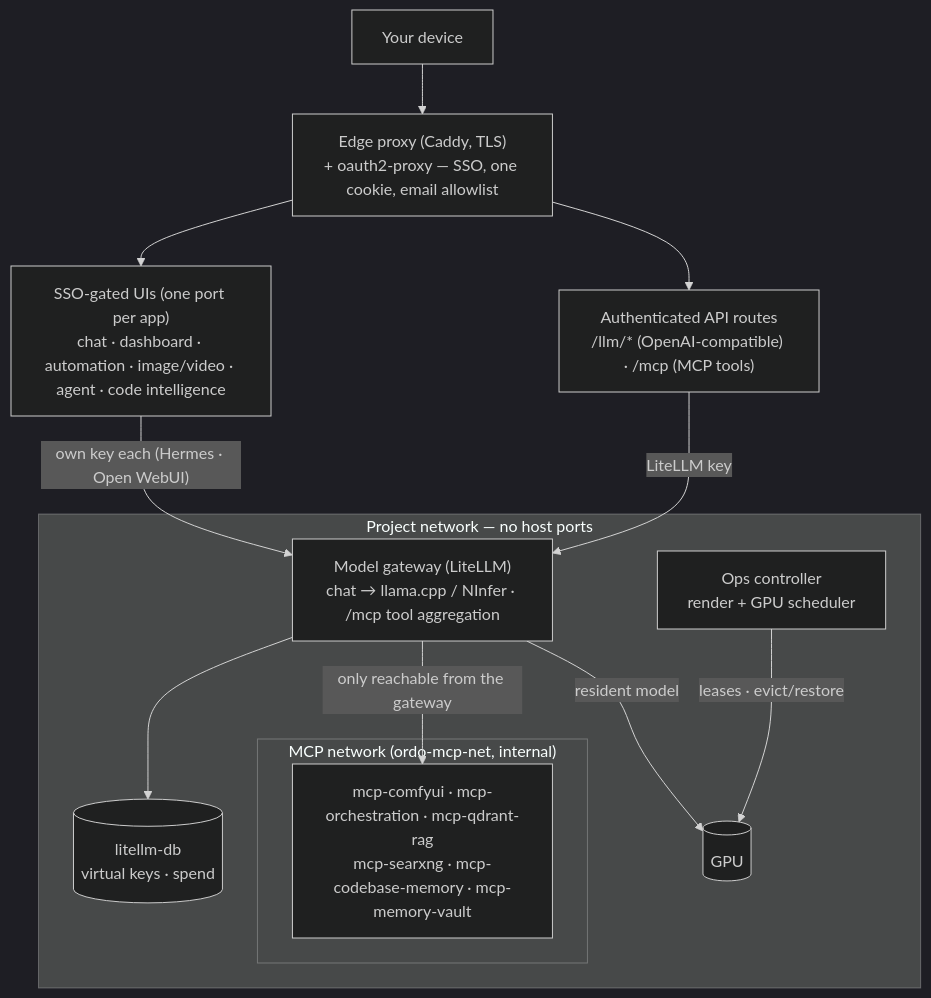
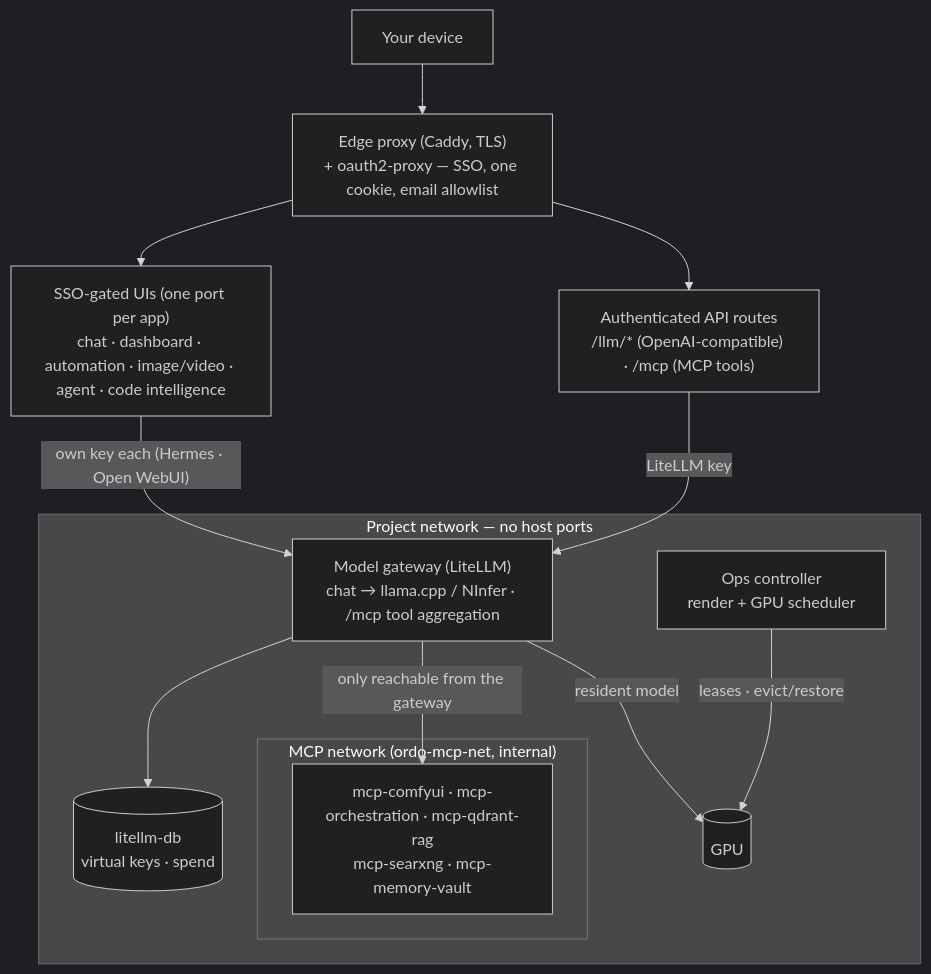
Before and after one commit to AlienWalker1995/Ordo-AI-Stack: the second of 2 diagrams in README.md, drawn with Mermaid (dark theme). The commit also changed other lines of this file and 41 other files, not shown here.

First line of the commit message:
chore: remove codebase-memory (MCP server, graph UI, tailnet graph sidecar) (#459)

````diff
--- a/README.md
+++ b/README.md
@@ -133,21 +132,21 @@
 ```mermaid
 flowchart TB
     U["Your device"] --> E["Edge proxy (Caddy, TLS)<br/>+ oauth2-proxy — SSO, one cookie, email allowlist"]
     E --> UIs["SSO-gated UIs (one port per app)<br/>chat · dashboard · automation · image/video · agent · code intelligence"]
     E --> API["Authenticated API routes<br/>/llm/* (OpenAI-compatible) · /mcp (MCP tools)"]
     subgraph internal["Project network — no host ports"]
         MG["Model gateway (LiteLLM)<br/>chat → llama.cpp / NInfer · /mcp tool aggregation"]
         DB[("litellm-db<br/>virtual keys · spend")]
         OPS["Ops controller<br/>render + GPU scheduler"]
         GPU[("GPU")]
         subgraph mcpnet["MCP network (ordo-mcp-net, internal)"]
-            MCPS["mcp-comfyui · mcp-orchestration · mcp-qdrant-rag<br/>mcp-searxng · mcp-codebase-memory · mcp-memory-vault"]
+            MCPS["mcp-comfyui · mcp-orchestration · mcp-qdrant-rag<br/>mcp-searxng · mcp-memory-vault"]
         end
     end
     UIs -- "own key each (Hermes · Open WebUI)" --> MG
     API -- "LiteLLM key" --> MG
     MG --> DB
     MG -- "only reachable from the gateway" --> MCPS
     OPS -- "leases · evict/restore" --> GPU
     MG -- "resident model" --> GPU
 ```
````
